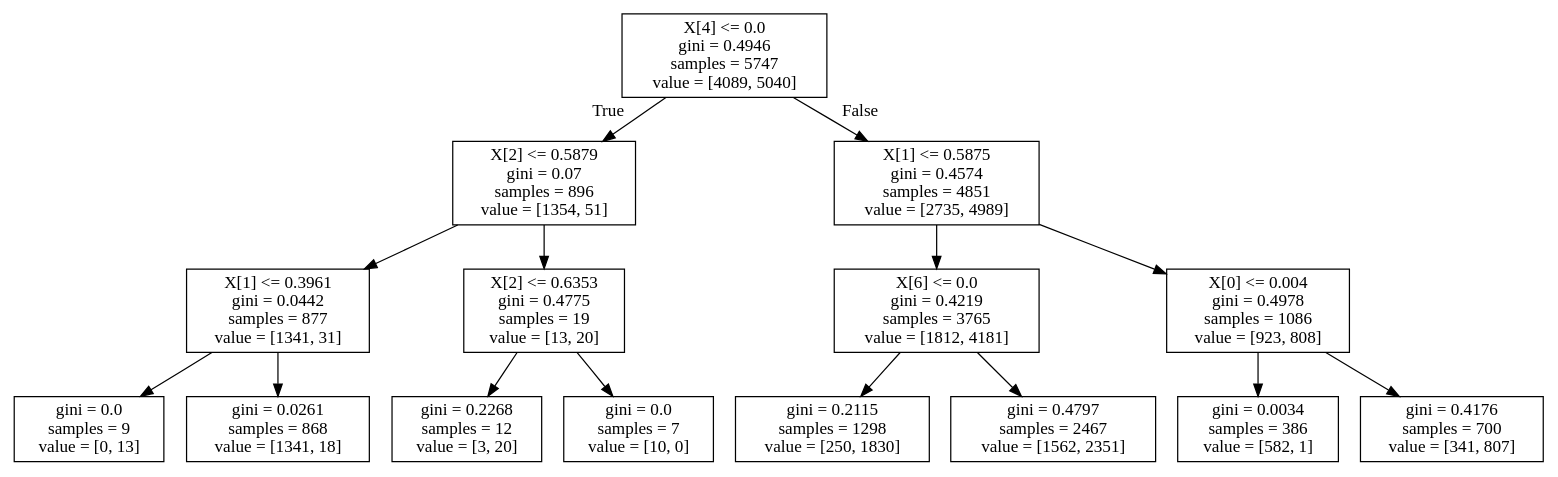
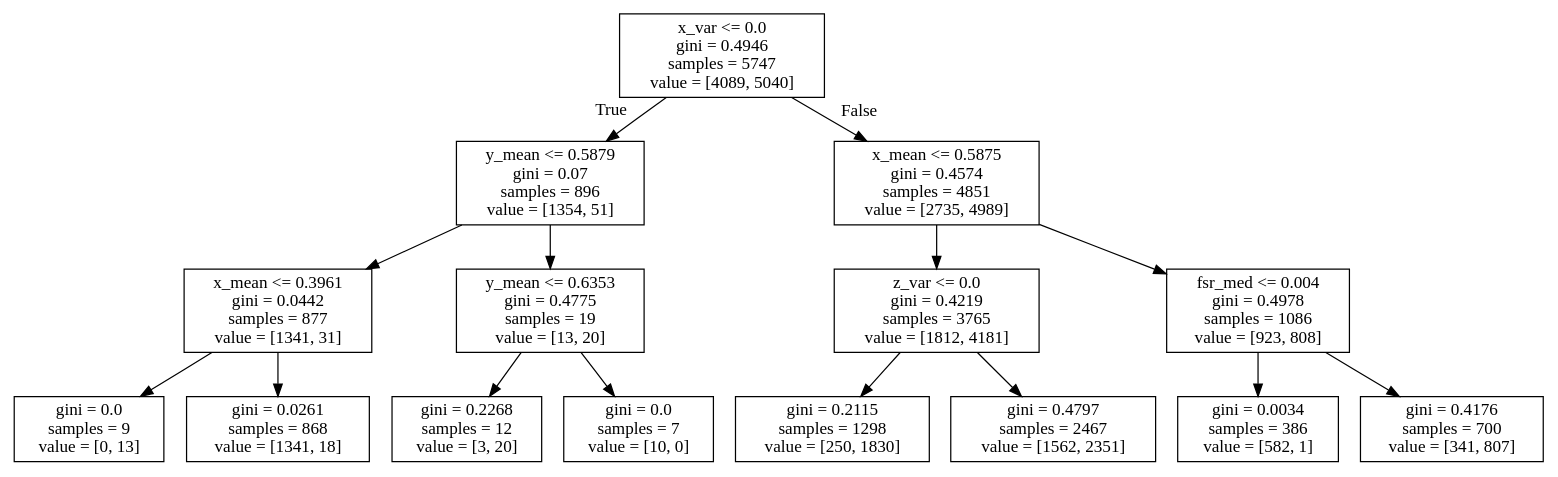
The diagram in dip/random_forest_renders/tree_2.dot (dannygosain1/goyo), drawn with Graphviz before and after one commit. The commit also changed 9 other files, not shown here.

```diff
--- a/dip/random_forest_renders/tree_2.dot
+++ b/dip/random_forest_renders/tree_2.dot
@@ -1,32 +1,32 @@
 digraph Tree {
 node [shape=box] ;
-0 [label="X[4] <= 0.0\ngini = 0.4946\nsamples = 5747\nvalue = [4089, 5040]"] ;
-1 [label="X[2] <= 0.5879\ngini = 0.07\nsamples = 896\nvalue = [1354, 51]"] ;
+0 [label="x_var <= 0.0\ngini = 0.4946\nsamples = 5747\nvalue = [4089, 5040]"] ;
+1 [label="y_mean <= 0.5879\ngini = 0.07\nsamples = 896\nvalue = [1354, 51]"] ;
 0 -> 1 [labeldistance=2.5, labelangle=45, headlabel="True"] ;
-2 [label="X[1] <= 0.3961\ngini = 0.0442\nsamples = 877\nvalue = [1341, 31]"] ;
+2 [label="x_mean <= 0.3961\ngini = 0.0442\nsamples = 877\nvalue = [1341, 31]"] ;
 1 -> 2 ;
 3 [label="gini = 0.0\nsamples = 9\nvalue = [0, 13]"] ;
 2 -> 3 ;
 4 [label="gini = 0.0261\nsamples = 868\nvalue = [1341, 18]"] ;
 2 -> 4 ;
-5 [label="X[2] <= 0.6353\ngini = 0.4775\nsamples = 19\nvalue = [13, 20]"] ;
+5 [label="y_mean <= 0.6353\ngini = 0.4775\nsamples = 19\nvalue = [13, 20]"] ;
 1 -> 5 ;
 6 [label="gini = 0.2268\nsamples = 12\nvalue = [3, 20]"] ;
 5 -> 6 ;
 7 [label="gini = 0.0\nsamples = 7\nvalue = [10, 0]"] ;
 5 -> 7 ;
-8 [label="X[1] <= 0.5875\ngini = 0.4574\nsamples = 4851\nvalue = [2735, 4989]"] ;
+8 [label="x_mean <= 0.5875\ngini = 0.4574\nsamples = 4851\nvalue = [2735, 4989]"] ;
 0 -> 8 [labeldistance=2.5, labelangle=-45, headlabel="False"] ;
-9 [label="X[6] <= 0.0\ngini = 0.4219\nsamples = 3765\nvalue = [1812, 4181]"] ;
+9 [label="z_var <= 0.0\ngini = 0.4219\nsamples = 3765\nvalue = [1812, 4181]"] ;
 8 -> 9 ;
 10 [label="gini = 0.2115\nsamples = 1298\nvalue = [250, 1830]"] ;
 9 -> 10 ;
 11 [label="gini = 0.4797\nsamples = 2467\nvalue = [1562, 2351]"] ;
 9 -> 11 ;
-12 [label="X[0] <= 0.004\ngini = 0.4978\nsamples = 1086\nvalue = [923, 808]"] ;
+12 [label="fsr_med <= 0.004\ngini = 0.4978\nsamples = 1086\nvalue = [923, 808]"] ;
 8 -> 12 ;
 13 [label="gini = 0.0034\nsamples = 386\nvalue = [582, 1]"] ;
 12 -> 13 ;
 14 [label="gini = 0.4176\nsamples = 700\nvalue = [341, 807]"] ;
 12 -> 14 ;
 }
```
